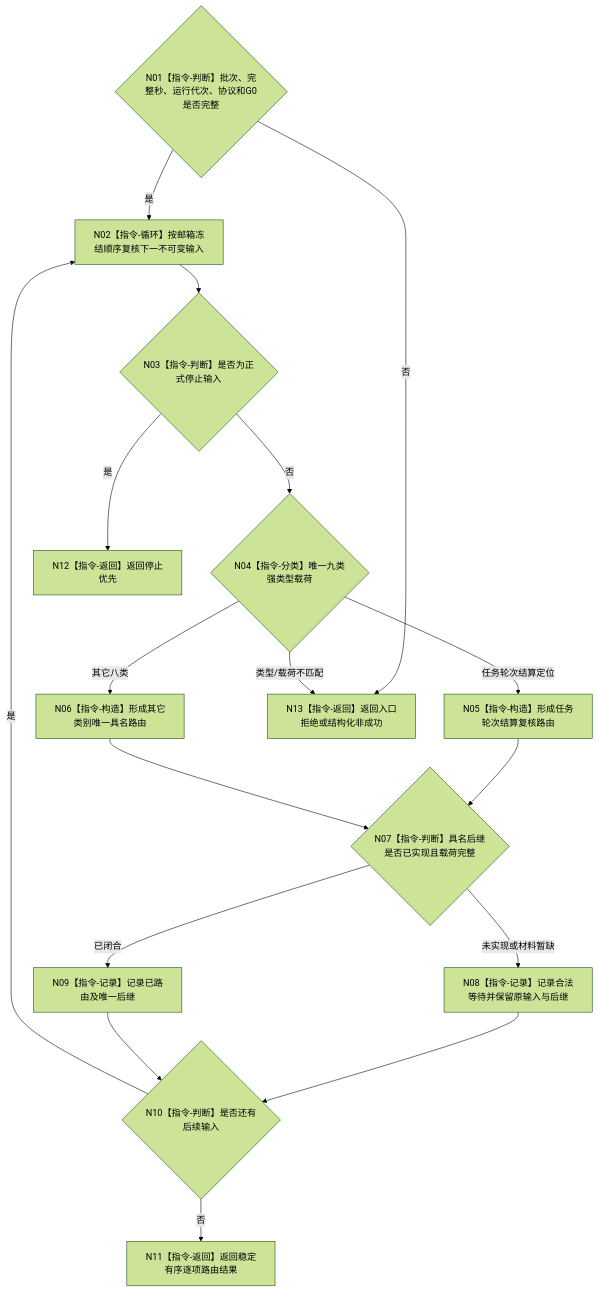
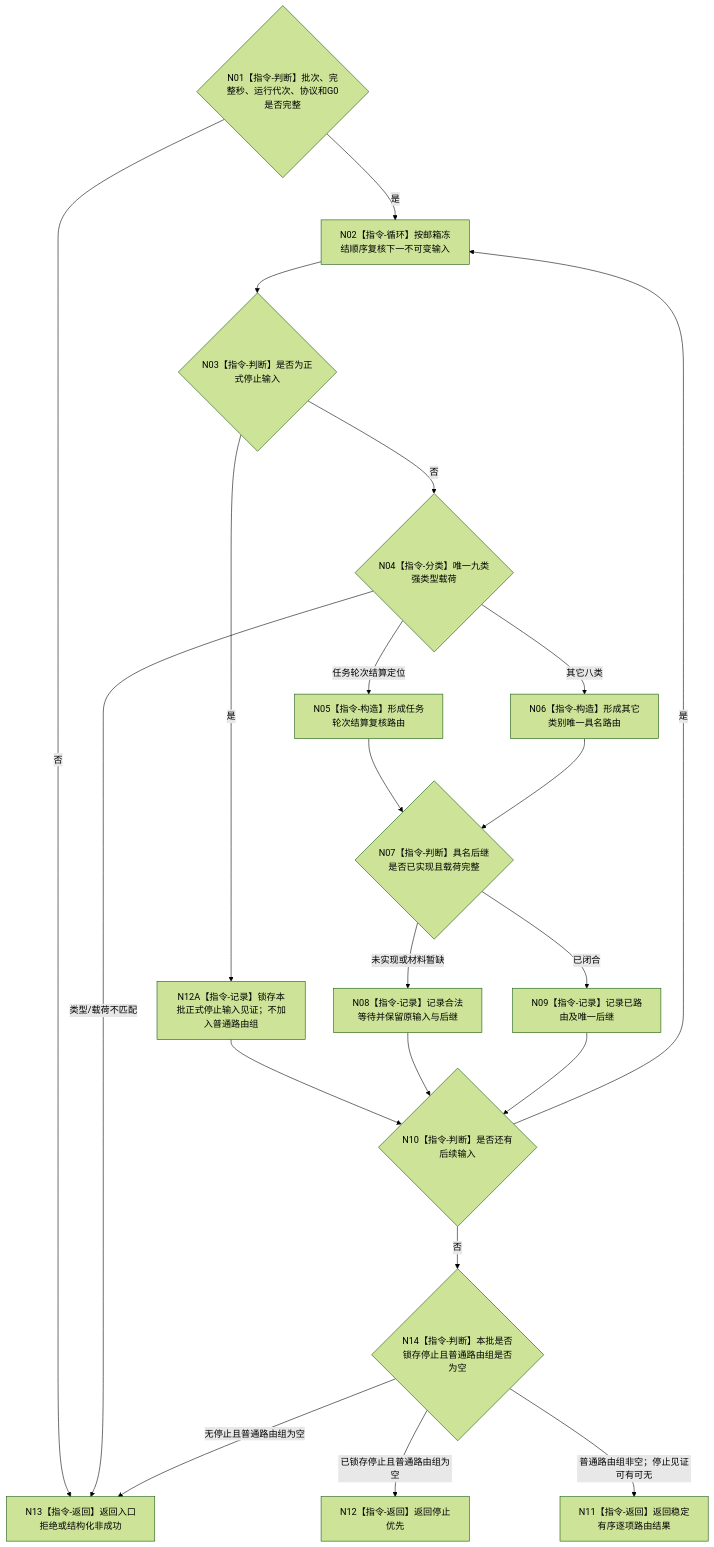
One commit to chunhaizh-cyber/HY-Ego changed the diagram in 流程图/目标业务流程图/L2/BIZ-L2-002-03_复核并路由治理批次_目标函数流程图_v0.4.md. Above: the diagram before and after it, drawn with Mermaid (forest theme). The commit also changed other lines of this file and 3 other files, not shown here.

````diff
--- a/流程图/目标业务流程图/L2/BIZ-L2-002-03_复核并路由治理批次_目标函数流程图_v0.4.md
+++ b/流程图/目标业务流程图/L2/BIZ-L2-002-03_复核并路由治理批次_目标函数流程图_v0.4.md
@@ -48,28 +48,33 @@
 ```mermaid
 flowchart TD
     N01{"N01【指令-判断】批次、完整秒、运行代次、协议和G0是否完整"}
     N02["N02【指令-循环】按邮箱冻结顺序复核下一不可变输入"]
     N03{"N03【指令-判断】是否为正式停止输入"}
     N04{"N04【指令-分类】唯一九类强类型载荷"}
     N05["N05【指令-构造】形成任务轮次结算复核路由"]
     N06["N06【指令-构造】形成其它类别唯一具名路由"]
     N07{"N07【指令-判断】具名后继是否已实现且载荷完整"}
     N08["N08【指令-记录】记录合法等待并保留原输入与后继"]
     N09["N09【指令-记录】记录已路由及唯一后继"]
     N10{"N10【指令-判断】是否还有后续输入"}
     N11["N11【指令-返回】返回稳定有序逐项路由结果"]
     N12["N12【指令-返回】返回停止优先"]
+    N12A["N12A【指令-记录】锁存本批正式停止输入见证；不加入普通路由组"]
     N13["N13【指令-返回】返回入口拒绝或结构化非成功"]
+    N14{"N14【指令-判断】本批是否锁存停止且普通路由组是否为空"}
 
     N01 -->|否| N13
     N01 -->|是| N02 --> N03
-    N03 -->|是| N12
+    N03 -->|是| N12A --> N10
     N03 -->|否| N04
     N04 -->|任务轮次结算定位| N05 --> N07
     N04 -->|其它八类| N06 --> N07
     N04 -->|类型/载荷不匹配| N13
     N07 -->|未实现或材料暂缺| N08 --> N10
     N07 -->|已闭合| N09 --> N10
     N10 -->|是| N02
-    N10 -->|否| N11
+    N10 -->|否| N14
+    N14 -->|已锁存停止且普通路由组为空| N12
+    N14 -->|普通路由组非空；停止见证可有可无| N11
+    N14 -->|无停止且普通路由组为空| N13
 ```
````
